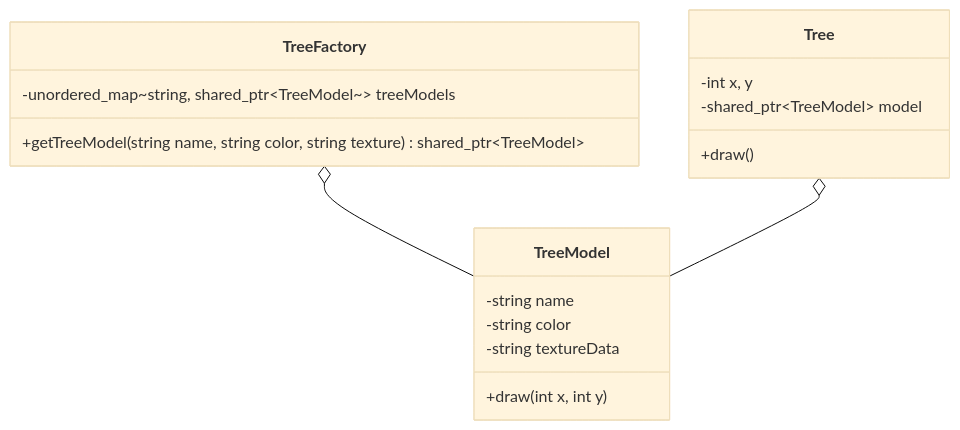
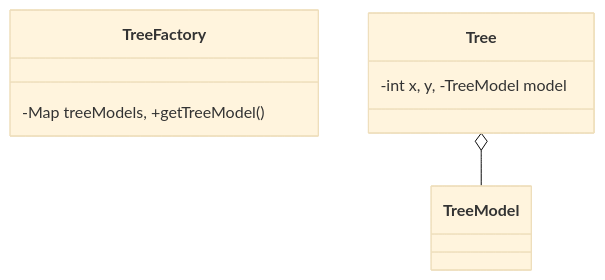
Diagram 14 of 22 in readme.md (divyap271/systemDesign), drawn with Mermaid (base theme) before and after one commit. The commit also changed other lines of this file, not shown here.

````diff
--- a/readme.md
+++ b/readme.md
@@ -290,20 +190,6 @@
 ```mermaid
 classDiagram
-    class TreeModel {
-        -string name
-        -string color
-        -string textureData
-        +draw(int x, int y)
-    }
-    class TreeFactory {
-        -unordered_map~string, shared_ptr~TreeModel~~ treeModels
-        +getTreeModel(string name, string color, string texture) shared_ptr~TreeModel~
-    }
-    class Tree {
-        -int x, y
-        -shared_ptr~TreeModel~ model
-        +draw()
-    }
-    TreeFactory o-- TreeModel
+    class TreeFactory { -Map treeModels, +getTreeModel() }
+    class Tree { -int x, y, -TreeModel model }
     Tree o-- TreeModel
 ```
````
